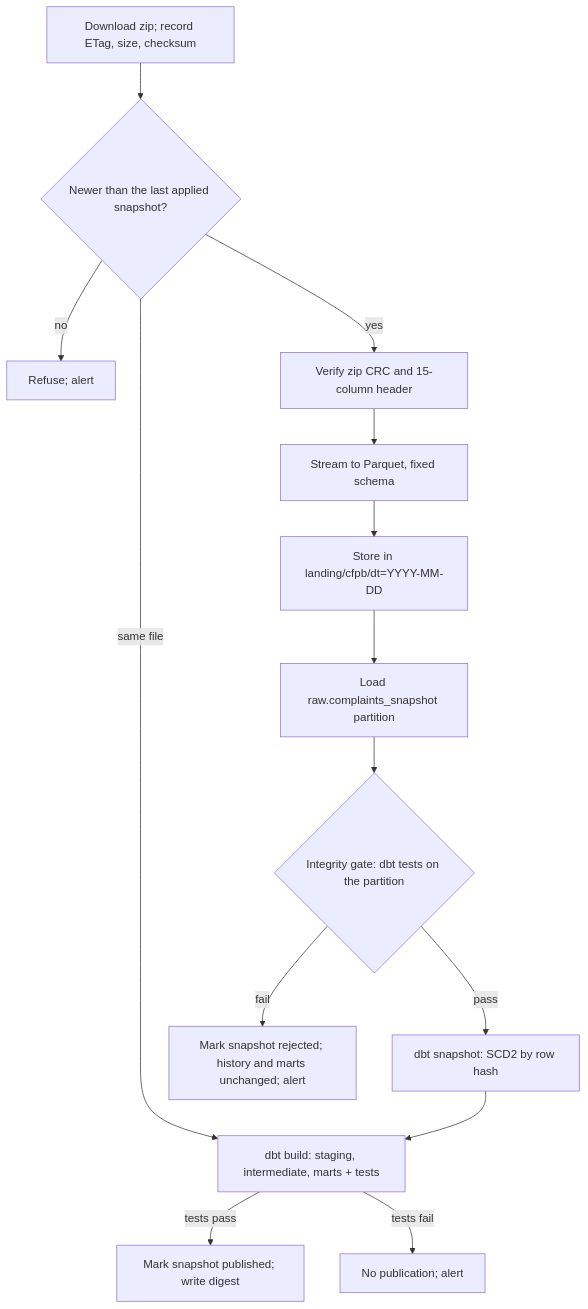
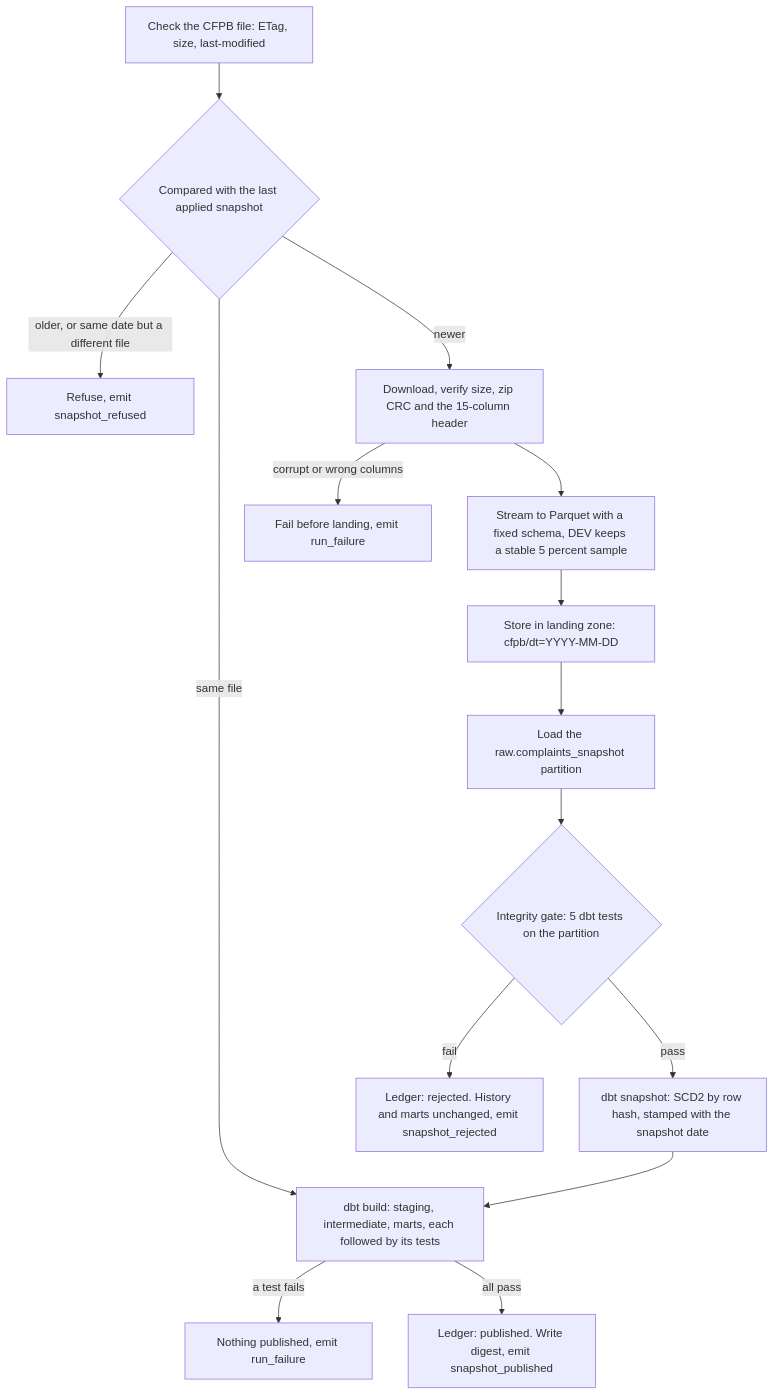
Before and after one commit to anthonywong611/complaint-canary: the diagram in diagrams/pipeline.mmd, drawn with Mermaid. The commit also changed 6 other files, not shown here.

Commit message:
fix: Update diagrams and README.md

```diff
--- a/diagrams/pipeline.mmd
+++ b/diagrams/pipeline.mmd
@@ -1,14 +1,15 @@
 flowchart TD
-  a[Download zip; record ETag, size, checksum] --> g{Newer than the last applied snapshot?}
-  g -- no --> q2[Refuse; alert]
+  a[Check the CFPB file: ETag, size, last-modified] --> g{Compared with the last applied snapshot}
+  g -- older, or same date but a different file --> q2[Refuse, emit snapshot_refused]
   g -- same file --> j
-  g -- yes --> b[Verify zip CRC and 15-column header]
-  b --> c[Stream to Parquet, fixed schema]
-  c --> d[Store in landing/cfpb/dt=YYYY-MM-DD]
-  d --> e[Load raw.complaints_snapshot partition]
-  e --> f{Integrity gate: dbt tests on the partition}
-  f -- fail --> q[Mark snapshot rejected; history and marts unchanged; alert]
-  f -- pass --> h[dbt snapshot: SCD2 by row hash]
-  h --> j[dbt build: staging, intermediate, marts + tests]
-  j -- tests pass --> l[Mark snapshot published; write digest]
-  j -- tests fail --> q3[No publication; alert]
+  g -- newer --> b[Download, verify size, zip CRC and the 15-column header]
+  b -- corrupt or wrong columns --> q0[Fail before landing, emit run_failure]
+  b --> c[Stream to Parquet with a fixed schema, DEV keeps a stable 5 percent sample]
+  c --> d[Store in landing zone: cfpb/dt=YYYY-MM-DD]
+  d --> e[Load the raw.complaints_snapshot partition]
+  e --> f{Integrity gate: 5 dbt tests on the partition}
+  f -- fail --> q[Ledger: rejected. History and marts unchanged, emit snapshot_rejected]
+  f -- pass --> h[dbt snapshot: SCD2 by row hash, stamped with the snapshot date]
+  h --> j[dbt build: staging, intermediate, marts, each followed by its tests]
+  j -- a test fails --> q3[Nothing published, emit run_failure]
+  j -- all pass --> l[Ledger: published. Write digest, emit snapshot_published]
```
